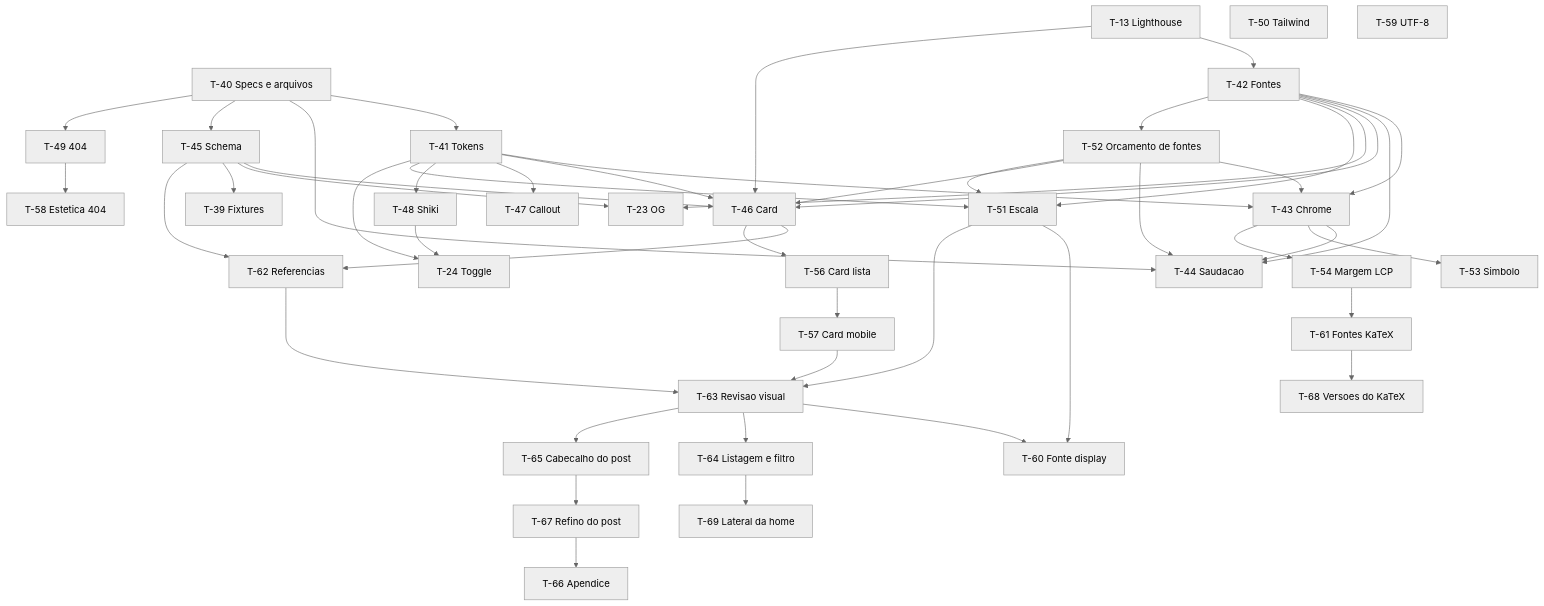
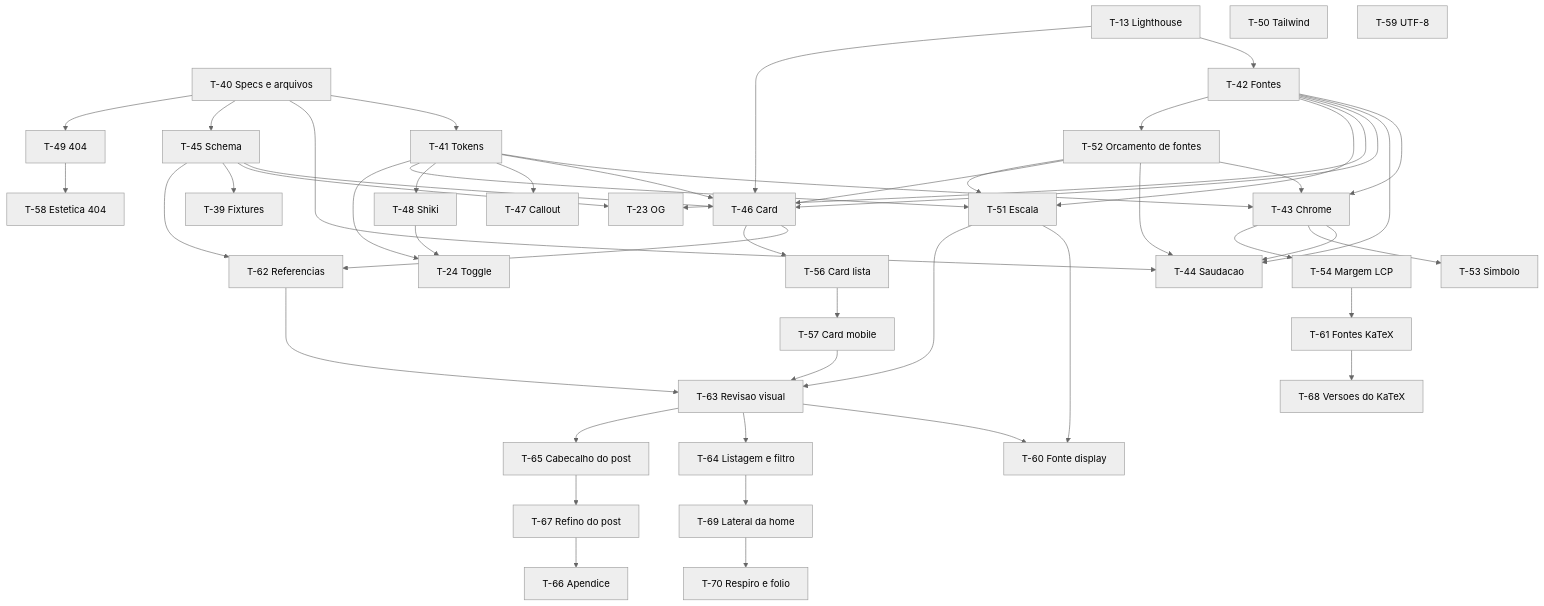
The second of 2 diagrams in specs/ROADMAP.md (Pedroknoll/blog_pedro-knoll), drawn with Mermaid (neutral theme) before and after one commit. The commit also changed other lines of this file and 6 other files, not shown here.

````diff
--- a/specs/ROADMAP.md
+++ b/specs/ROADMAP.md
@@ -118,6 +118,7 @@
   T67[T-67 Refino do post]
   T68[T-68 Versoes do KaTeX]
   T69[T-69 Lateral da home]
+  T70[T-70 Respiro e folio]
   T40 --> T41
   T40 --> T44
   T40 --> T45
@@ -164,4 +165,5 @@
   T67 --> T66
   T61 --> T68
   T64 --> T69
+  T69 --> T70
 ```
````
